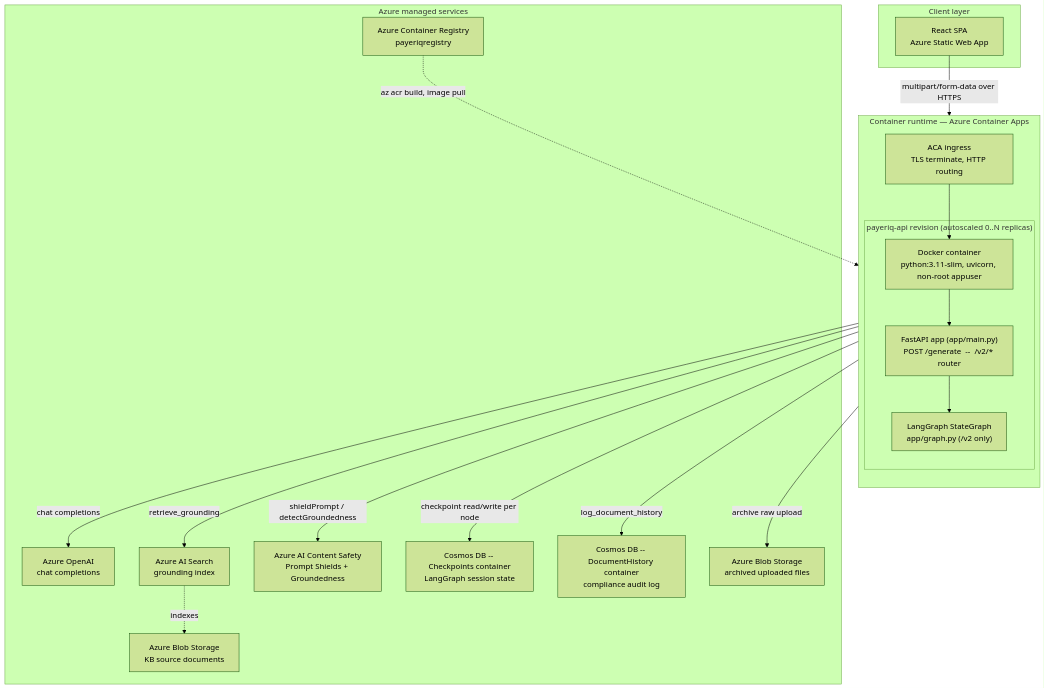
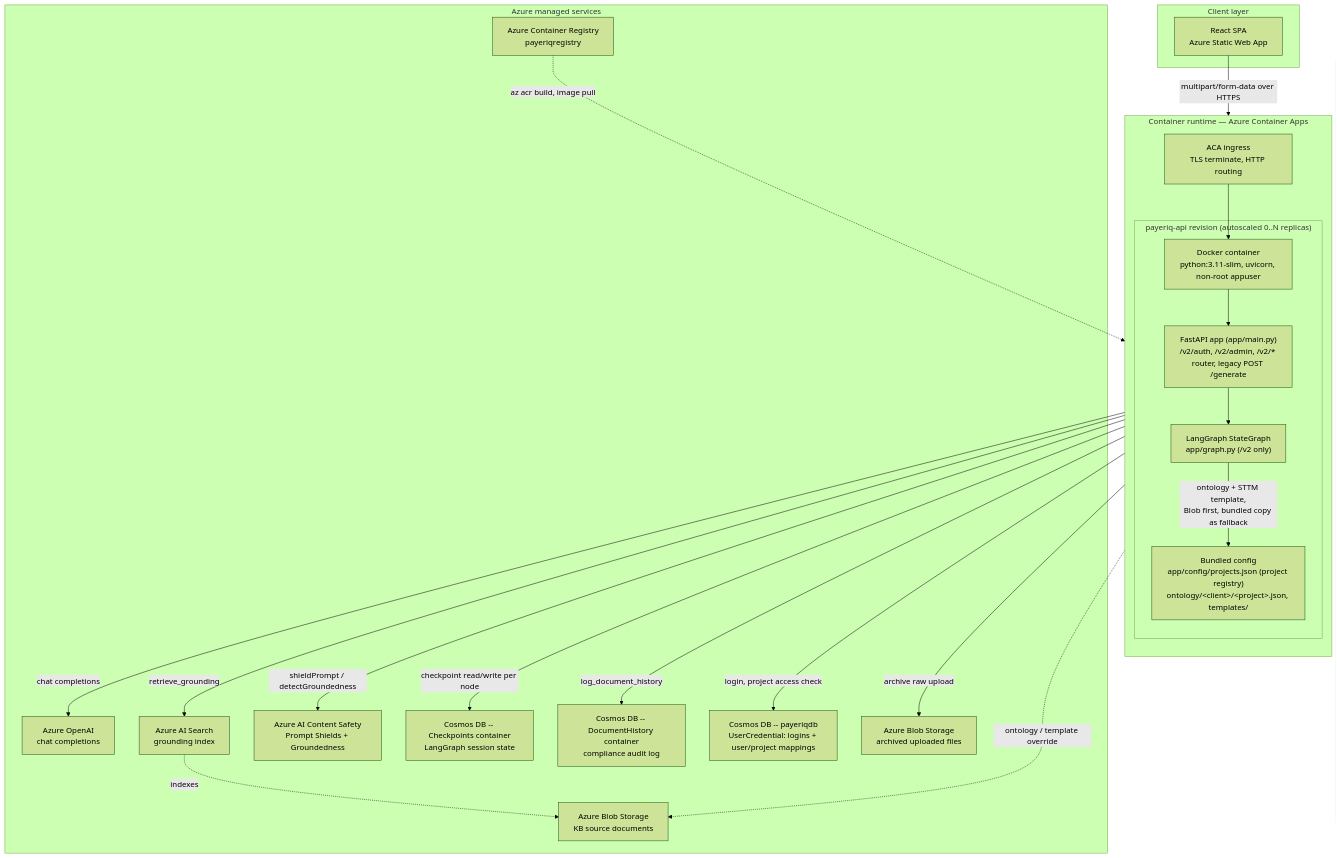
The first of 3 diagrams in ARCHITECTURE.md (oterademoacrisure/P_Backend_FastAPI_Azure), drawn with Mermaid (forest theme) before and after one commit. The commit also changed other lines of this file and 29 other files, not shown here.

````diff
--- a/ARCHITECTURE.md
+++ b/ARCHITECTURE.md
@@ -22,38 +23,43 @@
 ```mermaid
 flowchart TB
     subgraph Client["Client layer"]
         FE["React SPA<br/>Azure Static Web App"]
     end
 
     subgraph Runtime["Container runtime — Azure Container Apps"]
         direction TB
         Ingress["ACA ingress<br/>TLS terminate, HTTP routing"]
         subgraph Revision["payeriq-api revision (autoscaled 0..N replicas)"]
             Docker["Docker container<br/>python:3.11-slim, uvicorn, non-root appuser"]
-            API["FastAPI app (app/main.py)<br/>POST /generate  --  /v2/* router"]
+            API["FastAPI app (app/main.py)<br/>/v2/auth, /v2/admin, /v2/* router, legacy POST /generate"]
             Graph["LangGraph StateGraph<br/>app/graph.py (/v2 only)"]
+            Config["Bundled config<br/>app/config/projects.json (project registry)<br/>ontology/&lt;client&gt;/&lt;project&gt;.json, templates/"]
         end
     end
 
     subgraph Azure["Azure managed services"]
         AOAI["Azure OpenAI<br/>chat completions"]
         Search["Azure AI Search<br/>grounding index"]
         Blob1["Azure Blob Storage<br/>KB source documents"]
         CS["Azure AI Content Safety<br/>Prompt Shields + Groundedness"]
         Cosmos1["Cosmos DB -- Checkpoints container<br/>LangGraph session state"]
         Cosmos2["Cosmos DB -- DocumentHistory container<br/>compliance audit log"]
+        Cosmos3["Cosmos DB -- payeriqdb<br/>UserCredential: logins + user/project mappings"]
         Blob2["Azure Blob Storage<br/>archived uploaded files"]
         ACR["Azure Container Registry<br/>payeriqregistry"]
     end
 
     FE -->|"multipart/form-data over HTTPS"| Ingress --> Docker --> API
     API --> Graph
+    API -->|login, project access check| Cosmos3
+    Graph -->|ontology + STTM template,<br/>Blob first, bundled copy as fallback| Config
+    Graph -.->|ontology / template override| Blob1
     API -->|retrieve_grounding| Search
     Search -.indexes.-> Blob1
     API -->|chat completions| AOAI
     Graph -->|shieldPrompt / detectGroundedness| CS
     Graph -->|checkpoint read/write per node| Cosmos1
     API -->|log_document_history| Cosmos2
     API -->|archive raw upload| Blob2
     ACR -.->|az acr build, image pull| Docker
 ```
````
